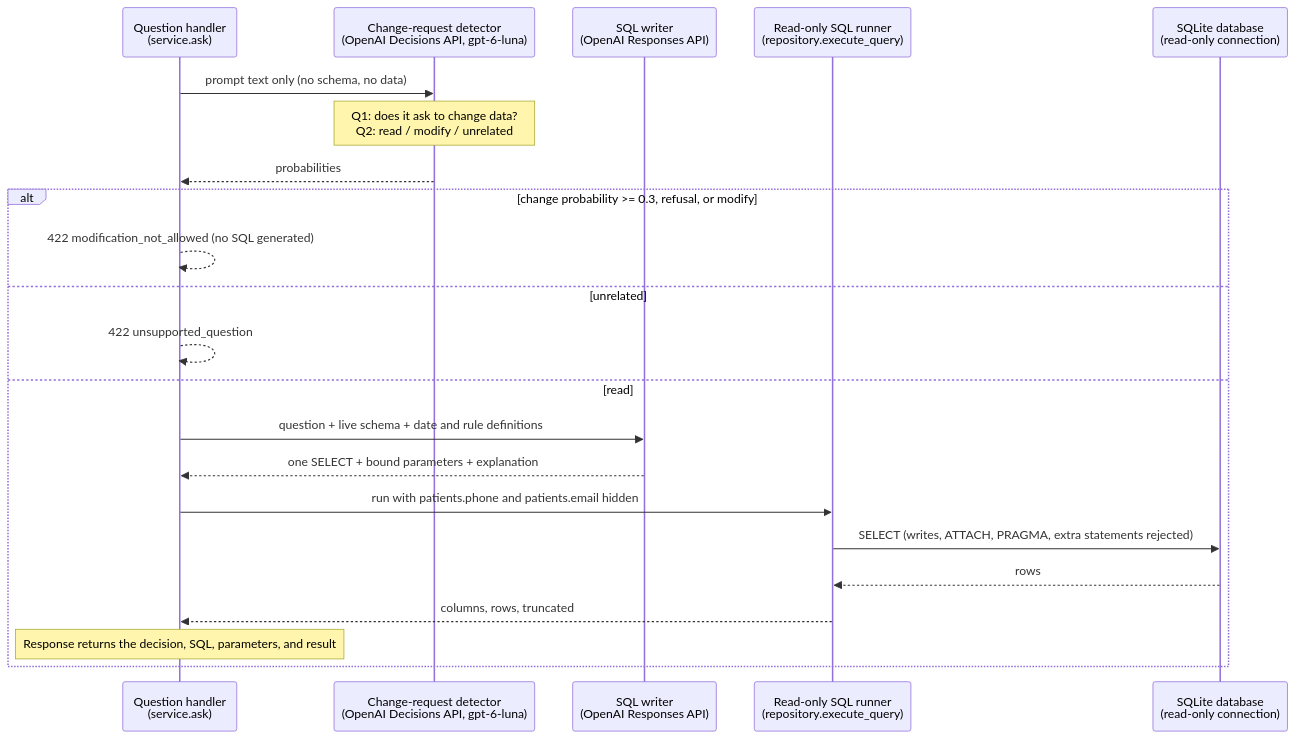
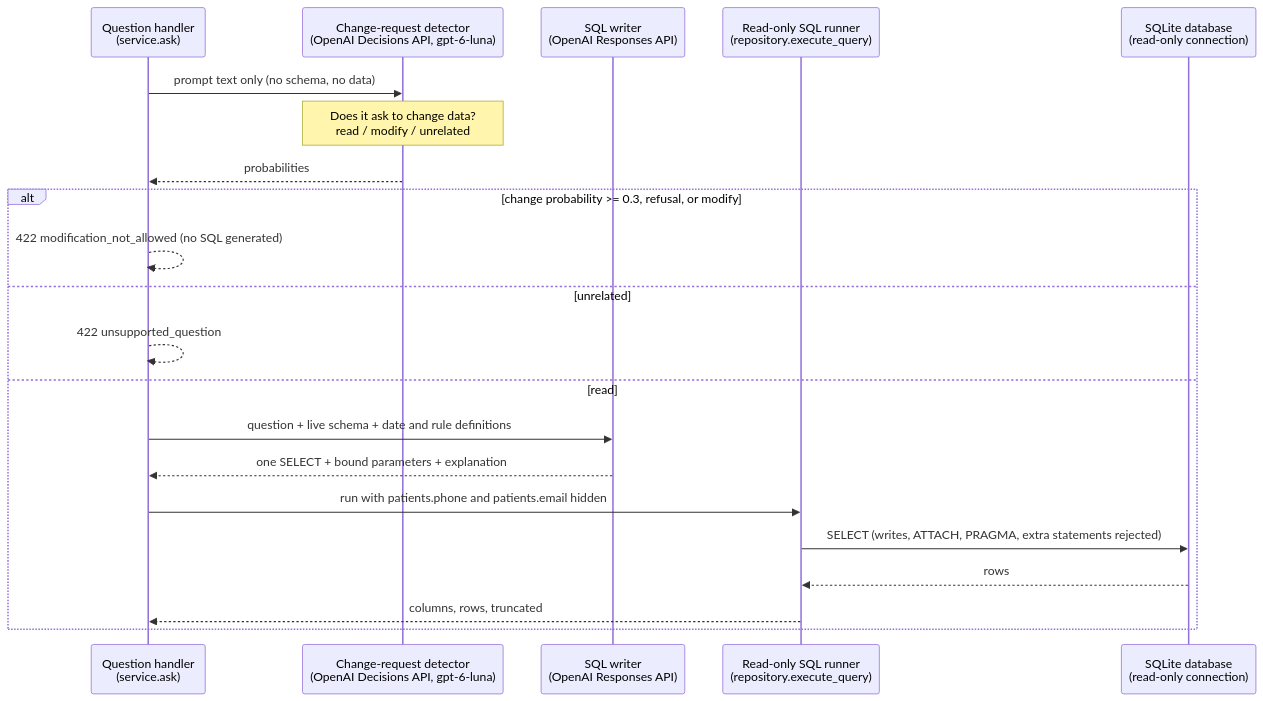
The fourth of 4 diagrams in README.md (tejdeep-pathipati9/visit-follow-up-tracker), drawn with Mermaid before and after one commit. The commit also changed other lines of this file and 6 other files, not shown here.

````diff
--- a/README.md
+++ b/README.md
@@ -130,25 +354,24 @@
 ```mermaid
 sequenceDiagram
     participant Ask as Question handler<br/>(service.ask)
     participant Gate as Change-request detector<br/>(OpenAI Decisions API, gpt-6-luna)
     participant Model as SQL writer<br/>(OpenAI Responses API)
     participant Runner as Read-only SQL runner<br/>(repository.execute_query)
     participant DB as SQLite database<br/>(read-only connection)
 
     Ask->>Gate: prompt text only (no schema, no data)
-    Note over Gate: Q1: does it ask to change data?<br/>Q2: read / modify / unrelated
+    Note over Gate: Does it ask to change data?<br/>read / modify / unrelated
     Gate-->>Ask: probabilities
     alt change probability >= 0.3, refusal, or modify
         Ask-->>Ask: 422 modification_not_allowed (no SQL generated)
     else unrelated
         Ask-->>Ask: 422 unsupported_question
     else read
         Ask->>Model: question + live schema + date and rule definitions
         Model-->>Ask: one SELECT + bound parameters + explanation
         Ask->>Runner: run with patients.phone and patients.email hidden
         Runner->>DB: SELECT (writes, ATTACH, PRAGMA, extra statements rejected)
         DB-->>Runner: rows
         Runner-->>Ask: columns, rows, truncated
-        Note over Ask: Response returns the decision, SQL, parameters, and result
     end
 ```
````
